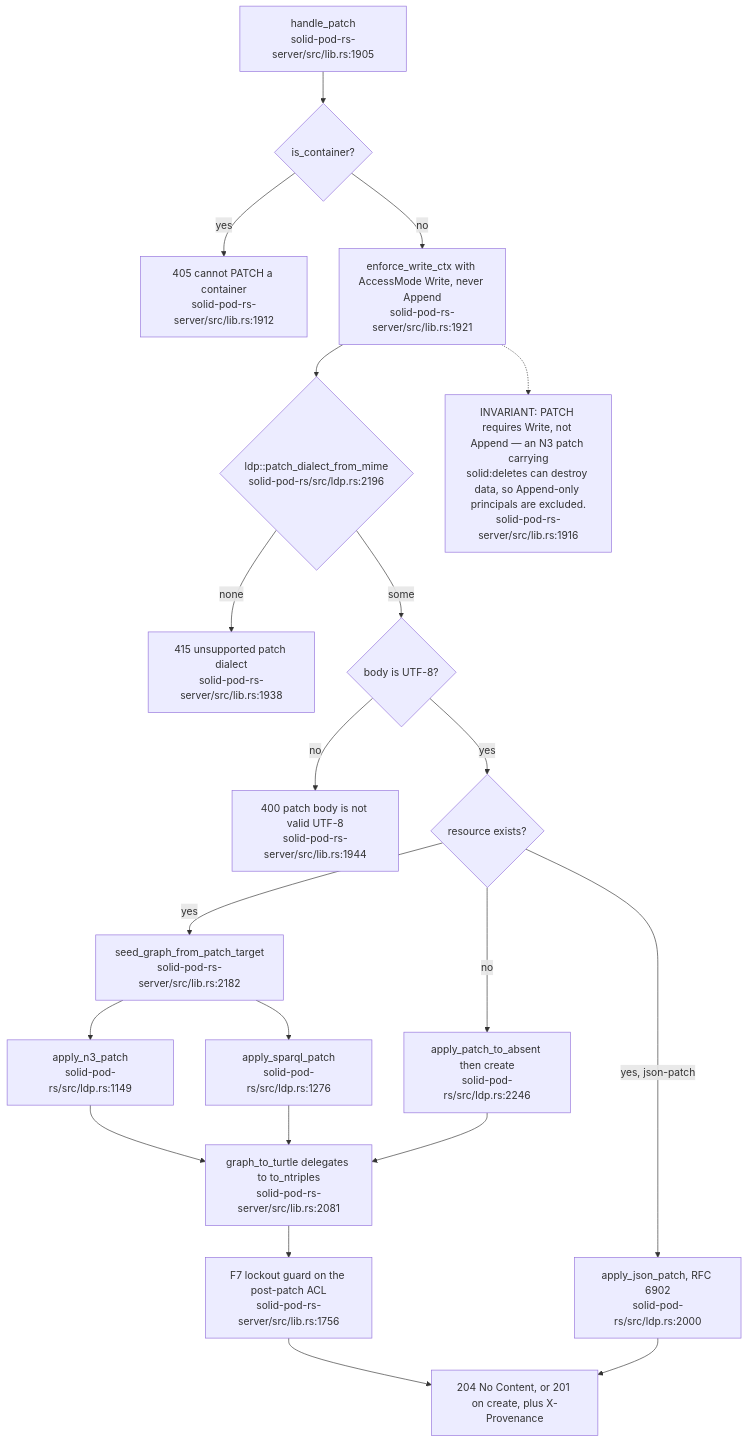
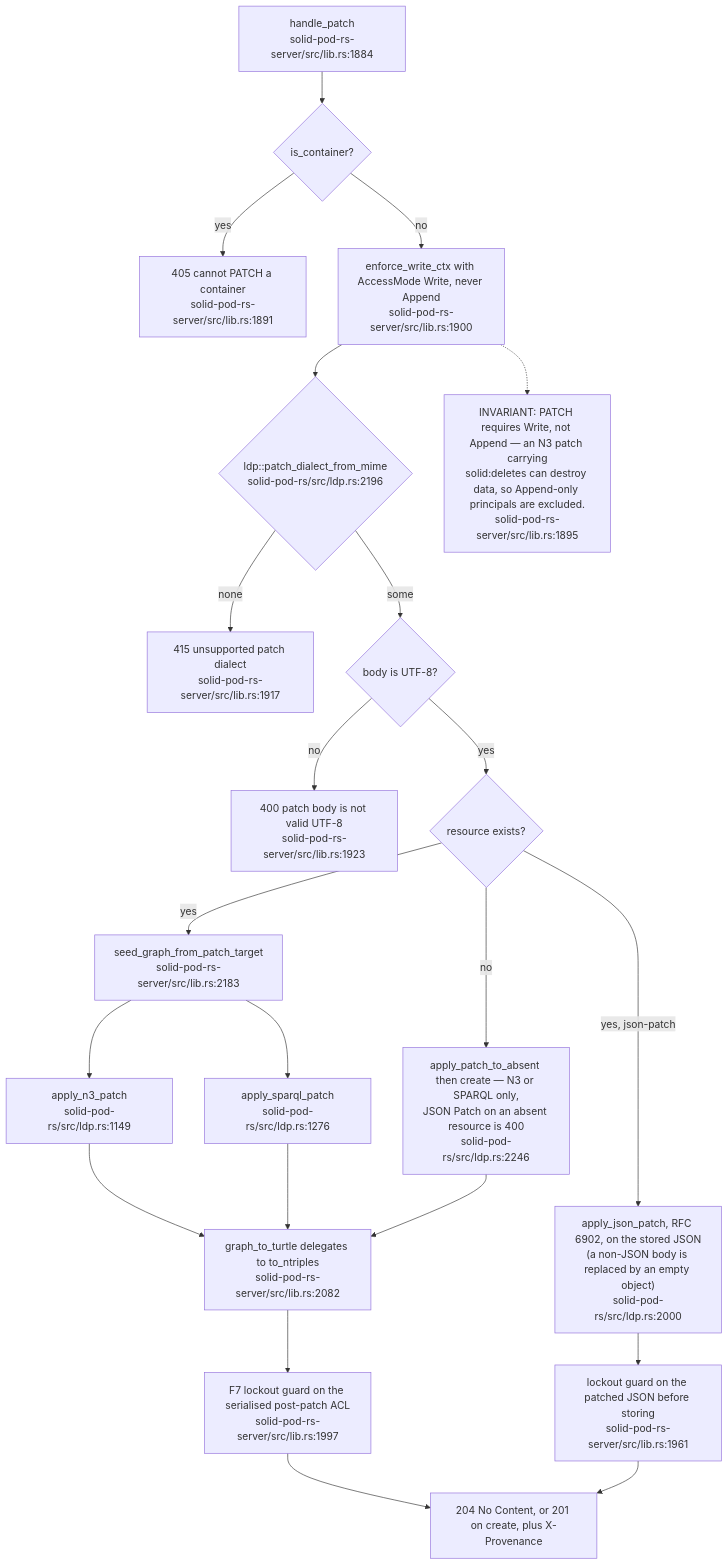
Before and after one commit to DreamLab-AI/VisionFlow: the fifth of 11 diagrams in docs/diagrams/solid-pod-rs/03-ldp-request-lifecycle.md, drawn with Mermaid. The commit also changed other lines of this file and 47 other files, not shown here.

````diff
--- a/docs/diagrams/solid-pod-rs/03-ldp-request-lifecycle.md
+++ b/docs/diagrams/solid-pod-rs/03-ldp-request-lifecycle.md
@@ -157,41 +161,42 @@
 ```mermaid
 flowchart TD
-    IN["handle_patch<br/>solid-pod-rs-server/src/lib.rs:1905"]
+    IN["handle_patch<br/>solid-pod-rs-server/src/lib.rs:1884"]
     CONT{"is_container?"}
-    C405["405 cannot PATCH a container<br/>solid-pod-rs-server/src/lib.rs:1912"]
-    AUTH["enforce_write_ctx with AccessMode Write, never Append<br/>solid-pod-rs-server/src/lib.rs:1921"]
+    C405["405 cannot PATCH a container<br/>solid-pod-rs-server/src/lib.rs:1891"]
+    AUTH["enforce_write_ctx with AccessMode Write, never Append<br/>solid-pod-rs-server/src/lib.rs:1900"]
     DIAL{"ldp::patch_dialect_from_mime<br/>solid-pod-rs/src/ldp.rs:2196"}
-    U415["415 unsupported patch dialect<br/>solid-pod-rs-server/src/lib.rs:1938"]
+    U415["415 unsupported patch dialect<br/>solid-pod-rs-server/src/lib.rs:1917"]
     UTF{"body is UTF-8?"}
-    B400["400 patch body is not valid UTF-8<br/>solid-pod-rs-server/src/lib.rs:1944"]
+    B400["400 patch body is not valid UTF-8<br/>solid-pod-rs-server/src/lib.rs:1923"]
     EX{"resource exists?"}
-    SEED["seed_graph_from_patch_target<br/>solid-pod-rs-server/src/lib.rs:2182"]
+    SEED["seed_graph_from_patch_target<br/>solid-pod-rs-server/src/lib.rs:2183"]
     N3["apply_n3_patch<br/>solid-pod-rs/src/ldp.rs:1149"]
     SPQ["apply_sparql_patch<br/>solid-pod-rs/src/ldp.rs:1276"]
-    JP["apply_json_patch, RFC 6902<br/>solid-pod-rs/src/ldp.rs:2000"]
-    ABS["apply_patch_to_absent then create<br/>solid-pod-rs/src/ldp.rs:2246"]
-    SER["graph_to_turtle delegates to to_ntriples<br/>solid-pod-rs-server/src/lib.rs:2081"]
-    GUARD["F7 lockout guard on the post-patch ACL<br/>solid-pod-rs-server/src/lib.rs:1756"]
+    JP["apply_json_patch, RFC 6902, on the stored JSON<br/>(a non-JSON body is replaced by an empty object)<br/>solid-pod-rs/src/ldp.rs:2000"]
+    JGUARD["lockout guard on the patched JSON before storing<br/>solid-pod-rs-server/src/lib.rs:1961"]
+    ABS["apply_patch_to_absent then create — N3 or SPARQL only,<br/>JSON Patch on an absent resource is 400<br/>solid-pod-rs/src/ldp.rs:2246"]
+    SER["graph_to_turtle delegates to to_ntriples<br/>solid-pod-rs-server/src/lib.rs:2082"]
+    GUARD["F7 lockout guard on the serialised post-patch ACL<br/>solid-pod-rs-server/src/lib.rs:1997"]
     OUT["204 No Content, or 201 on create, plus X-Provenance"]
 
     IN --> CONT
     CONT -- yes --> C405
     CONT -- no --> AUTH --> DIAL
     DIAL -- none --> U415
     DIAL -- some --> UTF
     UTF -- no --> B400
     UTF -- yes --> EX
     EX -- yes --> SEED
     SEED --> N3
     SEED --> SPQ
     EX -- "yes, json-patch" --> JP
     EX -- no --> ABS
     N3 --> SER
     SPQ --> SER
     ABS --> SER
     SER --> GUARD --> OUT
-    JP --> OUT
+    JP --> JGUARD --> OUT
 
-    NN["INVARIANT: PATCH requires Write, not Append — an N3 patch carrying<br/>solid:deletes can destroy data, so Append-only principals are excluded.<br/>solid-pod-rs-server/src/lib.rs:1916"]
+    NN["INVARIANT: PATCH requires Write, not Append — an N3 patch carrying<br/>solid:deletes can destroy data, so Append-only principals are excluded.<br/>solid-pod-rs-server/src/lib.rs:1895"]
     AUTH -.-> NN
 ```
````
